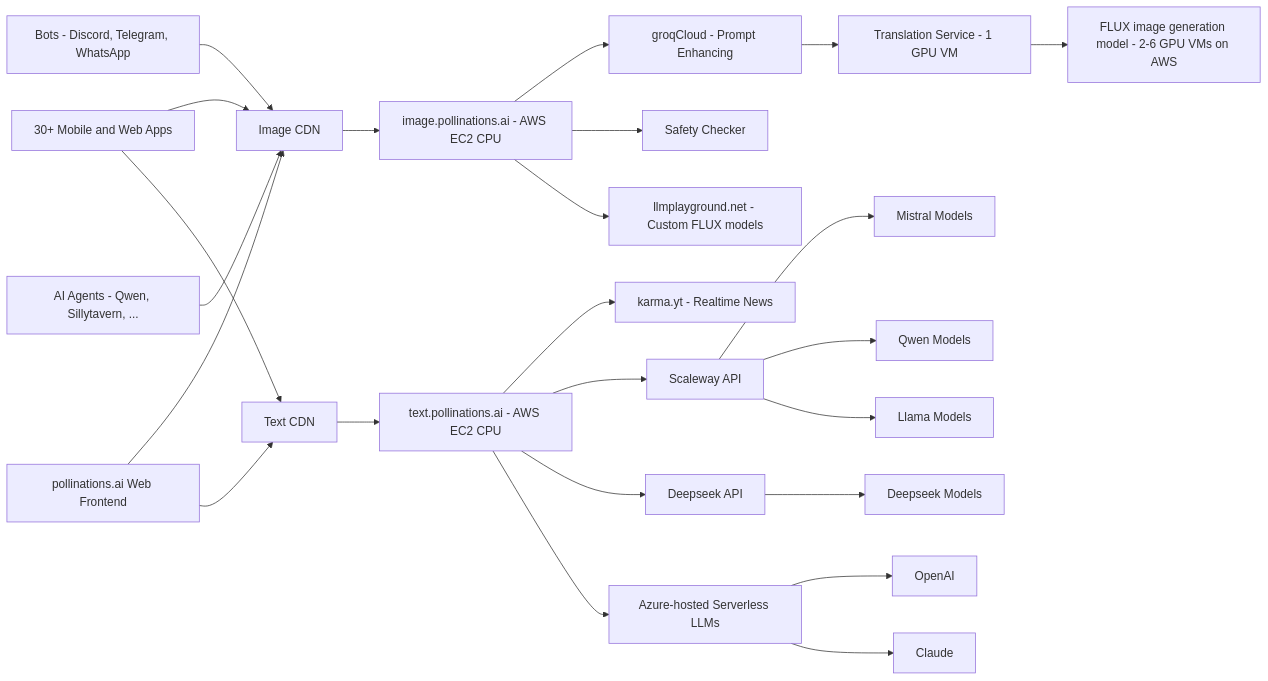
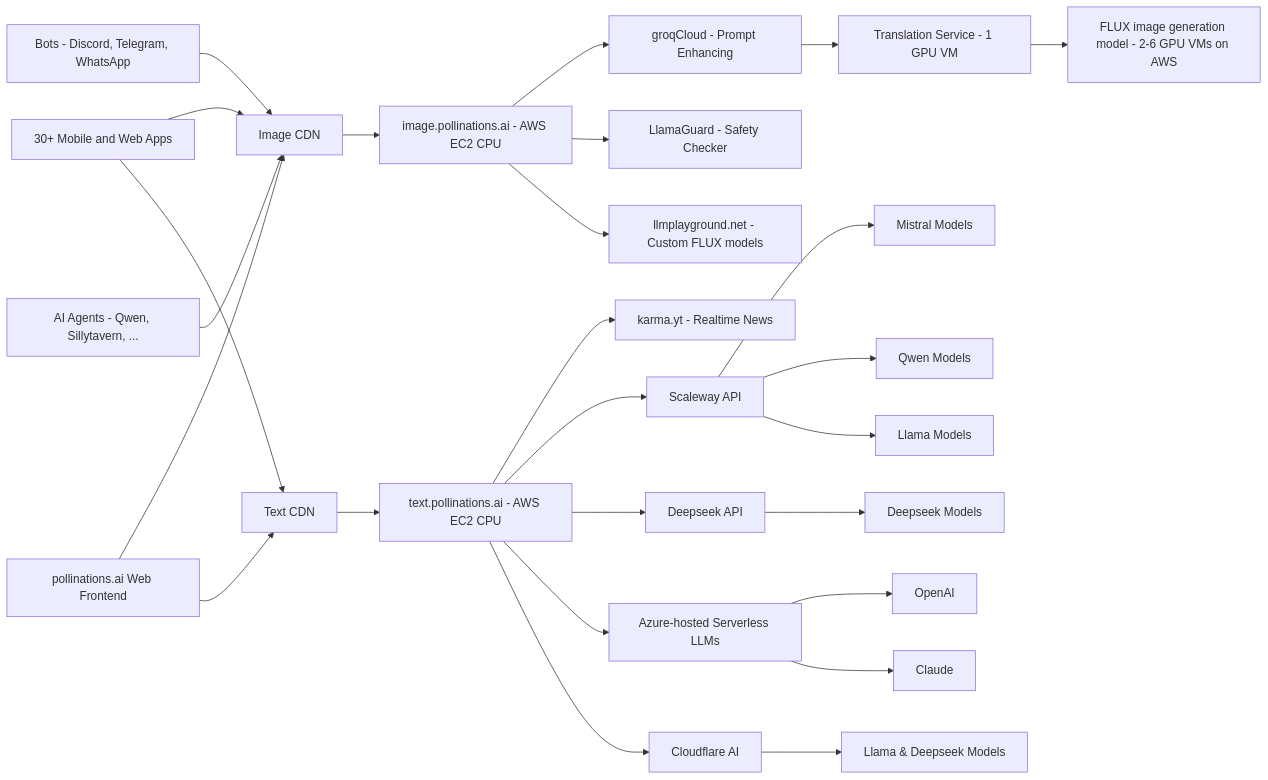
The diagram in README.md (pollinations/pollinations), drawn with Mermaid before and after one commit.

Commit message:
Update README.md with new safety checker and Cloudflare AI
- Replace Safety Checker with LlamaGuard in graph
- Add Cloudflare AI and its models to the graph

````diff
--- a/README.md
+++ b/README.md
@@ -122,33 +122,34 @@
 ```mermaid
 graph LR
     Q[Bots - Discord, Telegram, WhatsApp] --> L1
     
     N[30+ Mobile and Web Apps] --> L1
     N --> L2
     
     A[pollinations.ai Web Frontend] --> L1
     A --> L2
     
     R[AI Agents - Qwen, Sillytavern, ...] --> L1
     
     L1[Image CDN] --> B
     L2[Text CDN] --> C
     
     B[image.pollinations.ai - AWS EC2 CPU] --> F[groqCloud - Prompt Enhancing]
-    B --> S[Safety Checker]
+    B --> S[LlamaGuard - Safety Checker]
     B --> M[llmplayground.net - Custom FLUX models]
     F --> E[Translation Service - 1 GPU VM]
     E --> D[FLUX image generation model - 2-6 GPU VMs on AWS]
     
     C[text.pollinations.ai - AWS EC2 CPU] --> P[karma.yt - Realtime News]
     C --> SC[Scaleway API]
     C --> DS[Deepseek API]
     C --> G[Azure-hosted Serverless LLMs]
+    C --> CF[Cloudflare AI]
     SC --> MI[Mistral Models]
     SC --> QW[Qwen Models]
     SC --> LL[Llama Models]
     DS --> DM[Deepseek Models]
     G --> H[OpenAI]
     G --> K[Claude]
-
+    CF --> CFM[Llama & Deepseek Models]
 ```
````
